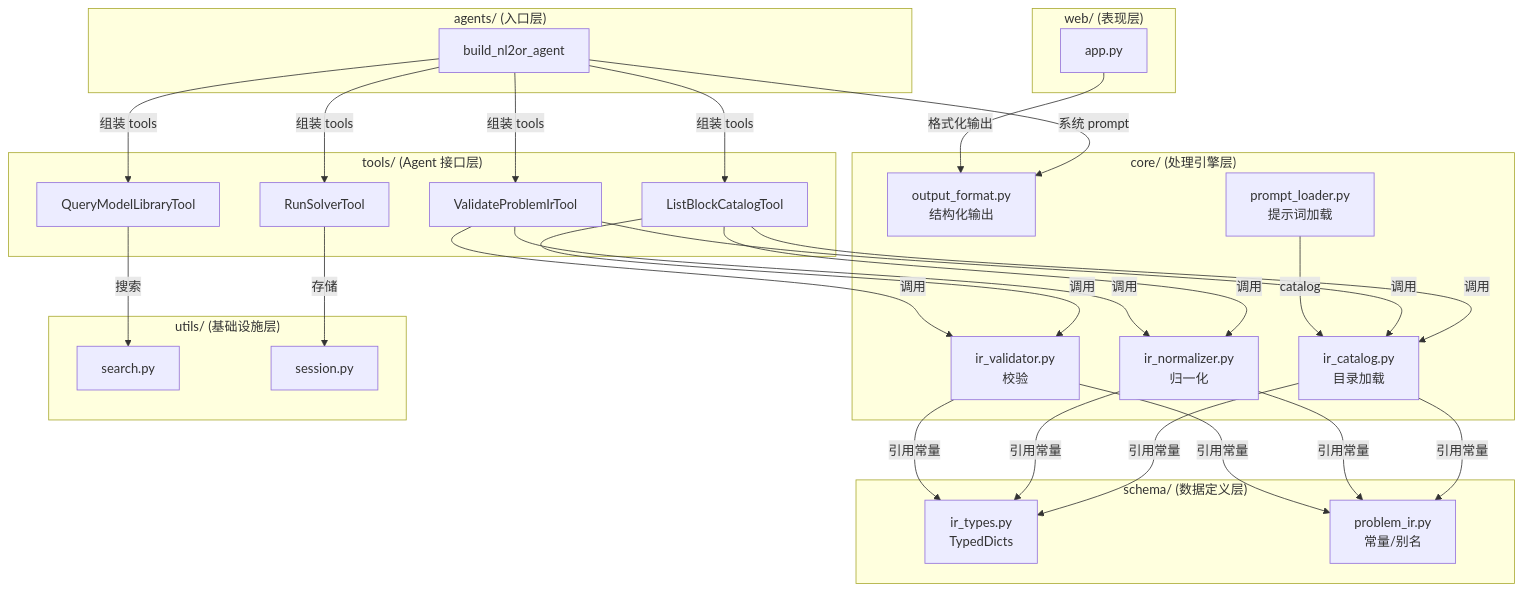
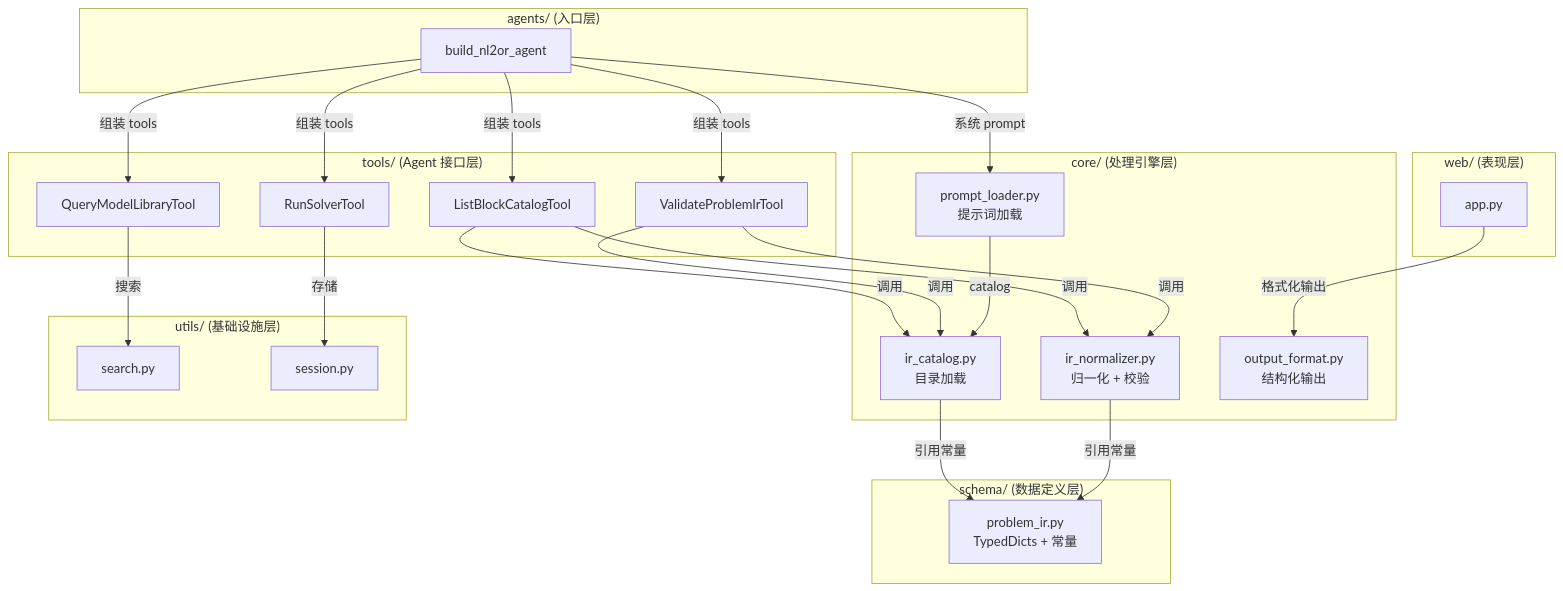
Before and after one commit to suifengwudong/NL2OR_agent: the diagram in nl2or_agent/README.md, drawn with Mermaid. The commit also changed other lines of this file and 28 other files, not shown here.

````diff
--- a/nl2or_agent/README.md
+++ b/nl2or_agent/README.md
@@ -164,44 +161,42 @@
 ```mermaid
 graph TD
     subgraph "agents/ (入口层)"
         A[build_nl2or_agent]
     end
 
     subgraph "tools/ (Agent 接口层)"
         T1[ListBlockCatalogTool]
         T2[ValidateProblemIrTool]
         T3[QueryModelLibraryTool]
         T4[RunSolverTool]
     end
 
     subgraph "core/ (处理引擎层)"
         C1["ir_catalog.py<br/>目录加载"]
-        C2["ir_normalizer.py<br/>归一化"]
-        C3["ir_validator.py<br/>校验"]
-        C4["output_format.py<br/>结构化输出"]
-        C5["prompt_loader.py<br/>提示词加载"]
+        C2["ir_normalizer.py<br/>归一化 + 校验"]
+        C3["output_format.py<br/>结构化输出"]
+        C4["prompt_loader.py<br/>提示词加载"]
     end
 
     subgraph "schema/ (数据定义层)"
-        S1["ir_types.py<br/>TypedDicts"]
-        S2["problem_ir.py<br/>常量/别名"]
+        S1["problem_ir.py<br/>TypedDicts + 常量"]
     end
 
     subgraph "utils/ (基础设施层)"
         U1["search.py"]
         U2["session.py"]
     end
 
     subgraph "web/ (表现层)"
         W1["app.py"]
     end
 
     A -->|组装 tools| T1 & T2 & T3 & T4
     A -->|系统 prompt| C4
-    T1 & T2 -->|调用| C1 & C2 & C3
+    T1 & T2 -->|调用| C1 & C2
     T3 -->|搜索| U1
     T4 -->|存储| U2
-    C1 & C2 & C3 -->|引用常量| S1 & S2
-    C5 -->|catalog| C1
-    W1 -->|格式化输出| C4
+    C1 & C2 -->|引用常量| S1
+    C4 -->|catalog| C1
+    W1 -->|格式化输出| C3
 ```
````
